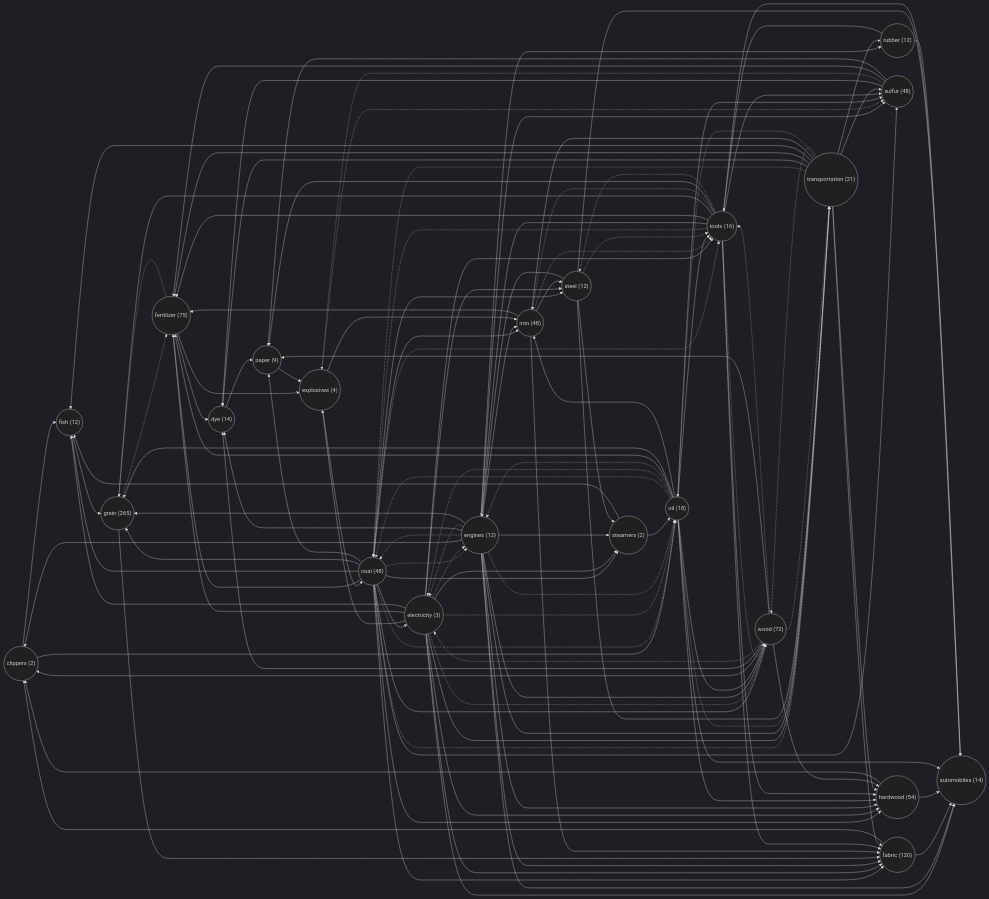
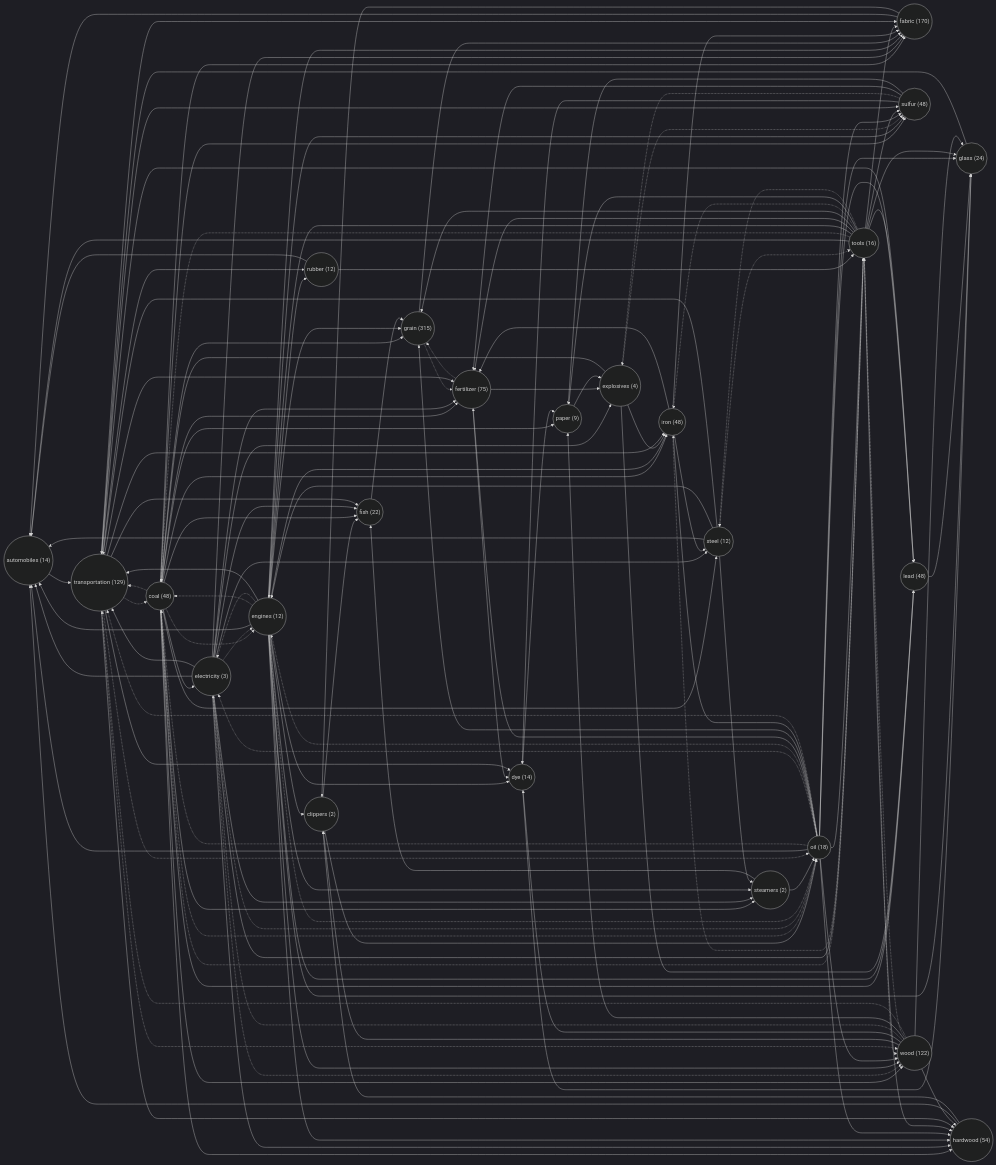
One commit to ShabbyGayBar/victoria3-analysis changed the diagram in figures/supply_chain_recipe.mmd. Above: the diagram before and after it, drawn with Mermaid (dark theme). The commit also changed 20 other files, not shown here.

```diff
--- a/figures/supply_chain_recipe.mmd
+++ b/figures/supply_chain_recipe.mmd
@@ -1,144 +1,160 @@
 flowchart LR
     %% Recipe: automobiles (all producers)
     g_automobiles(("automobiles (14)"))
     g_clippers(("clippers (2)"))
     g_coal(("coal (48)"))
     g_dye(("dye (14)"))
     g_electricity(("electricity (3)"))
     g_engines(("engines (12)"))
     g_explosives(("explosives (4)"))
-    g_fabric(("fabric (120)"))
+    g_fabric(("fabric (170)"))
     g_fertilizer(("fertilizer (75)"))
-    g_fish(("fish (12)"))
-    g_grain(("grain (265)"))
+    g_fish(("fish (22)"))
+    g_glass(("glass (24)"))
+    g_grain(("grain (315)"))
     g_hardwood(("hardwood (54)"))
     g_iron(("iron (48)"))
+    g_lead(("lead (48)"))
     g_oil(("oil (18)"))
     g_paper(("paper (9)"))
     g_rubber(("rubber (12)"))
     g_steamers(("steamers (2)"))
     g_steel(("steel (12)"))
     g_sulfur(("sulfur (48)"))
     g_tools(("tools (16)"))
-    g_transportation(("transportation (21)"))
-    g_wood(("wood (72)"))
+    g_transportation(("transportation (129)"))
+    g_wood(("wood (122)"))
+    g_automobiles --> g_transportation
     g_clippers --> g_fish
     g_clippers --> g_oil
     g_coal --> g_electricity
     g_coal -.-> g_engines
     g_coal --> g_fabric
     g_coal --> g_fertilizer
     g_coal --> g_fish
     g_coal --> g_grain
     g_coal --> g_hardwood
     g_coal --> g_iron
+    g_coal --> g_lead
     g_coal -.-> g_oil
     g_coal --> g_paper
     g_coal --> g_steamers
     g_coal --> g_steel
     g_coal --> g_sulfur
     g_coal -.-> g_tools
     g_coal -.-> g_transportation
     g_coal --> g_wood
+    g_dye --> g_glass
     g_dye --> g_paper
     g_electricity --> g_automobiles
     g_electricity -.-> g_engines
     g_electricity --> g_explosives
     g_electricity --> g_fabric
     g_electricity --> g_fertilizer
     g_electricity --> g_fish
     g_electricity --> g_hardwood
     g_electricity -.-> g_oil
     g_electricity --> g_steamers
     g_electricity --> g_steel
     g_electricity --> g_tools
     g_electricity --> g_transportation
     g_electricity -.-> g_wood
     g_engines --> g_automobiles
     g_engines --> g_clippers
     g_engines -.-> g_coal
     g_engines --> g_dye
     g_engines -.-> g_electricity
     g_engines --> g_fabric
+    g_engines --> g_glass
     g_engines --> g_grain
     g_engines --> g_hardwood
     g_engines --> g_iron
+    g_engines --> g_lead
     g_engines -.-> g_oil
     g_engines --> g_rubber
     g_engines --> g_steamers
     g_engines --> g_sulfur
     g_engines --> g_transportation
     g_engines --> g_wood
     g_explosives --> g_coal
     g_explosives --> g_iron
+    g_explosives --> g_lead
     g_explosives -.-> g_sulfur
     g_fabric --> g_automobiles
     g_fabric --> g_clippers
     g_fertilizer --> g_dye
     g_fertilizer --> g_explosives
     g_fertilizer -.-> g_grain
     g_fish --> g_grain
+    g_glass --> g_transportation
     g_grain --> g_fabric
     g_grain -.-> g_fertilizer
     g_hardwood --> g_automobiles
     g_hardwood --> g_clippers
     g_iron --> g_fabric
     g_iron --> g_fertilizer
     g_iron --> g_steel
     g_iron -.-> g_tools
+    g_lead --> g_glass
     g_oil --> g_automobiles
     g_oil -.-> g_coal
     g_oil -.-> g_electricity
     g_oil -.-> g_engines
     g_oil --> g_fertilizer
+    g_oil --> g_glass
     g_oil --> g_grain
     g_oil --> g_hardwood
     g_oil --> g_iron
+    g_oil --> g_lead
     g_oil --> g_sulfur
     g_oil --> g_tools
     g_oil -.-> g_transportation
     g_oil --> g_wood
     g_paper --> g_explosives
     g_rubber --> g_automobiles
     g_rubber --> g_tools
     g_steamers --> g_fish
     g_steamers --> g_oil
     g_steel --> g_automobiles
     g_steel --> g_engines
     g_steel --> g_steamers
     g_steel -.-> g_tools
     g_steel --> g_transportation
     g_sulfur --> g_dye
     g_sulfur -.-> g_explosives
     g_sulfur --> g_fertilizer
     g_sulfur --> g_paper
     g_tools --> g_automobiles
     g_tools -.-> g_coal
     g_tools --> g_engines
     g_tools --> g_fabric
     g_tools --> g_fertilizer
+    g_tools --> g_glass
     g_tools --> g_grain
     g_tools --> g_hardwood
     g_tools -.-> g_iron
+    g_tools --> g_lead
     g_tools --> g_paper
     g_tools -.-> g_steel
     g_tools --> g_sulfur
     g_tools -.-> g_wood
     g_transportation -.-> g_coal
     g_transportation --> g_dye
     g_transportation --> g_fabric
     g_transportation --> g_fertilizer
     g_transportation --> g_fish
     g_transportation --> g_hardwood
     g_transportation --> g_iron
+    g_transportation --> g_lead
     g_transportation -.-> g_oil
     g_transportation --> g_rubber
     g_transportation --> g_sulfur
     g_transportation -.-> g_wood
     g_wood --> g_clippers
     g_wood --> g_dye
     g_wood -.-> g_electricity
+    g_wood --> g_glass
     g_wood --> g_hardwood
     g_wood --> g_paper
     g_wood -.-> g_tools
     g_wood -.-> g_transportation
```
